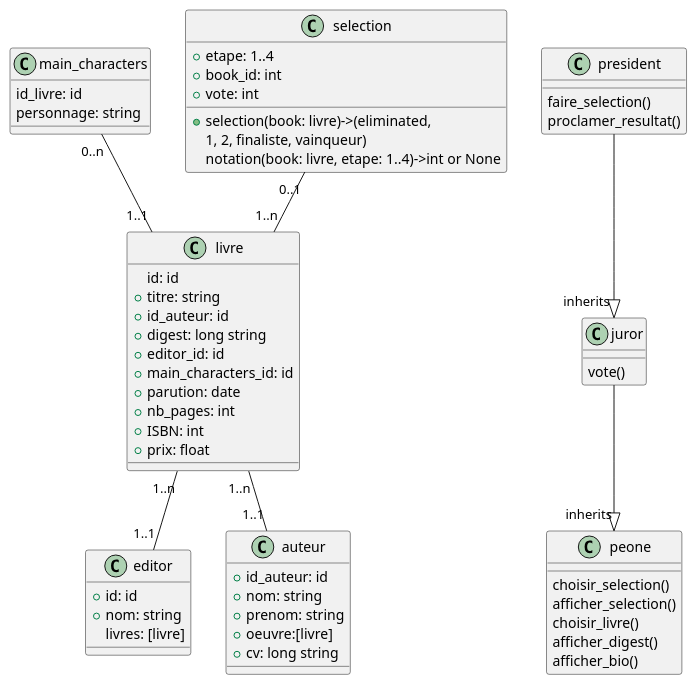
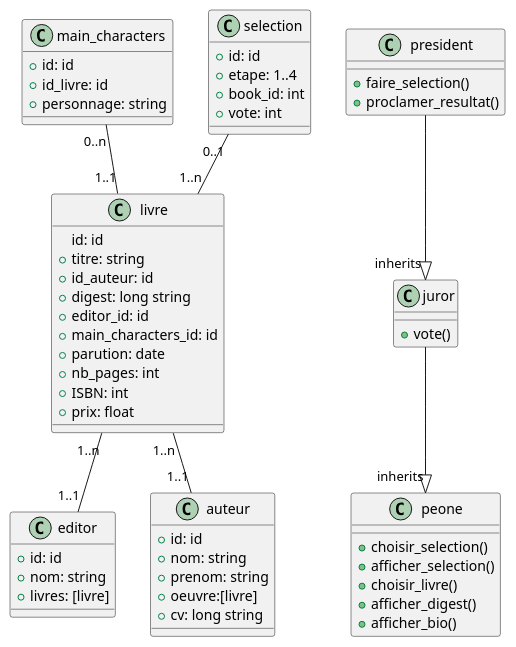
The diagram in GoncourtClass.puml (ayl001/goncourt.online), drawn with PlantUML before and after one commit. The commit also changed 2 other files, not shown here.

Commit message:
mise à jour du diagramme de classe

```diff
--- a/GoncourtClass.puml
+++ b/GoncourtClass.puml
@@ -1,60 +1,62 @@
 @startuml
 'https://plantuml.com/class-diagram
+
 class livre{
 id: id
 +titre: string
 +id_auteur: id
 +digest: long string
 +editor_id: id
 +main_characters_id: id
 +parution: date
 +nb_pages: int
 +ISBN: int
 +prix: float
 }
+
 class main_characters {
-id_livre: id
-personnage: string
+	+id: id
+	+id_livre: id
+	+personnage: string
 }
+
 class editor {
-+id: id
-+nom: string
-livres: [livre]
+	+id: id
+	+nom: string
+	+livres: [livre]
 }
 class auteur{
-+id_auteur: id
-+nom: string
-+prenom: string
-+oeuvre:[livre]
-+cv: long string
+    +id: id
+    +nom: string
+    +prenom: string
+    +oeuvre:[livre]
+    +cv: long string
 }
 
 class selection{
-+etape: 1..4
-+book_id: int
-+vote: int
-+ selection(book: livre)->(eliminated,
-1, 2, finaliste, vainqueur)
-notation(book: livre, etape: 1..4)->int or None
+	+id: id
+    +etape: 1..4
+	+book_id: int
+	+vote: int
 }
 class peone{
-    choisir_selection()
-    afficher_selection()
-    choisir_livre()
-    afficher_digest()
-    afficher_bio()
+    +choisir_selection()
+    +afficher_selection()
+    +choisir_livre()
+    +afficher_digest()
+    +afficher_bio()
  }
  class juror{
-    vote()
+    +vote()
  }
  class president{
-    faire_selection()
-    proclamer_resultat()
+    +faire_selection()
+    +proclamer_resultat()
  }
 livre"1..n"--"1..1"editor
 livre"1..n"--"1..1"auteur
 selection"0..1"--"1..n"livre
 main_characters"0..n"--"1..1"livre
 president--|>"inherits"juror
 juror--|>"inherits"peone
 @enduml
```
